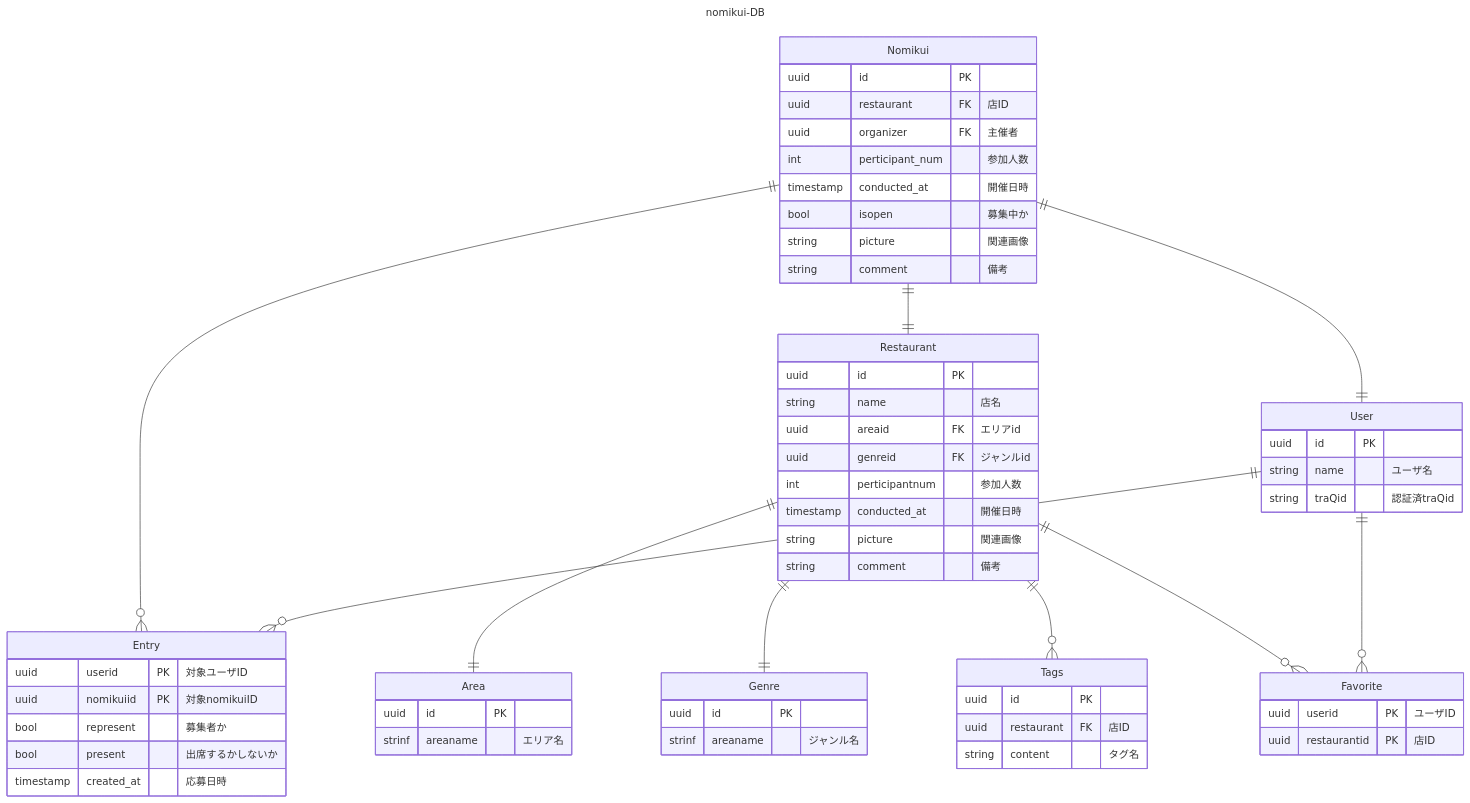
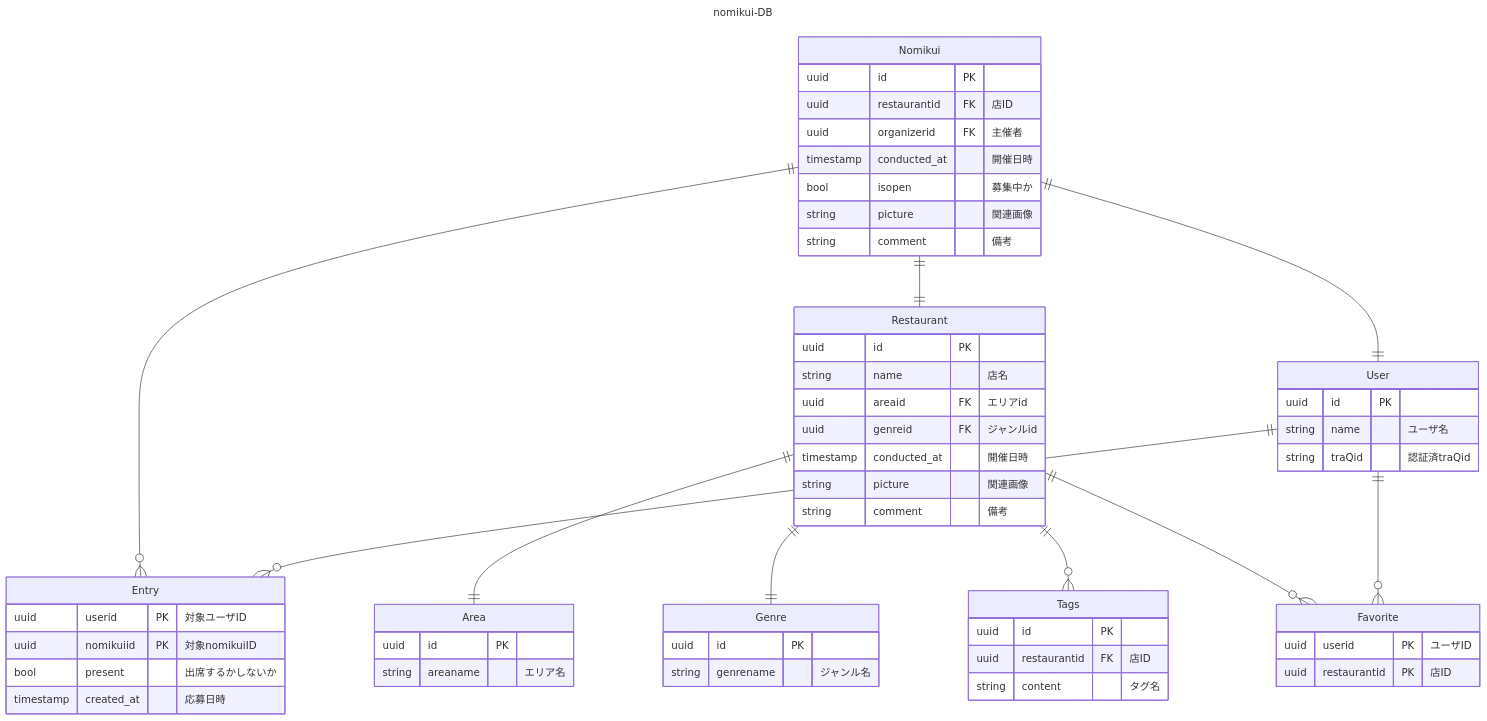
One commit to alter334/nomikui-match changed the diagram in README.md. Above: the diagram before and after it, drawn with Mermaid.

Commit message:
一部修正

````diff
--- a/README.md
+++ b/README.md
@@ -4,76 +4,73 @@
 ```mermaid
 ---
 title: nomikui-DB
 ---
 erDiagram
 
   Nomikui ||--o{ Entry : ""
   Nomikui ||--|| Restaurant : ""
   Nomikui ||--|| User : ""
 
   Restaurant ||--|| Area : ""
   Restaurant ||--|| Genre : ""
   Restaurant ||--o{ Tags : ""
   Restaurant ||--o{ Favorite :""
 
   User ||--o{ Favorite : ""
   User ||--o{ Entry : ""
 
   Nomikui {
     uuid id PK
-    uuid restaurant FK "店ID"
-    uuid organizer FK "主催者"
-    int perticipant_num "参加人数"
+    uuid restaurantid FK "店ID"
+    uuid organizerid FK "主催者"
     timestamp conducted_at "開催日時"
     bool isopen "募集中か"
     string picture "関連画像"
     string comment "備考"
   }
 
   Entry {
     uuid userid PK "対象ユーザID"
     uuid nomikuiid PK "対象nomikuiID"
-    bool represent "募集者か"
     bool present "出席するかしないか"
     timestamp created_at "応募日時"
   }
 
   Restaurant {
     uuid id PK
     string name "店名"
     uuid areaid FK "エリアid"
     uuid genreid FK "ジャンルid"
-    int perticipantnum "参加人数"
     timestamp conducted_at "開催日時"
     string picture "関連画像"
     string comment "備考"
   }
 
   User {
     uuid id PK
     string name "ユーザ名"
     string traQid "認証済traQid"
   }
 
   Area {
     uuid id PK
-    strinf areaname "エリア名"
+    string areaname "エリア名"
   }
 
   Genre {
     uuid id PK 
-    strinf areaname "ジャンル名"
+    string genrename "ジャンル名"
   }
 
   Tags {
     uuid id PK
-    uuid restaurant FK "店ID"
+    uuid restaurantid FK "店ID"
     string content "タグ名"
   }
 
   Favorite {
     uuid userid PK "ユーザID"
     uuid restaurantid PK "店ID"
   }
 
 ```
````
